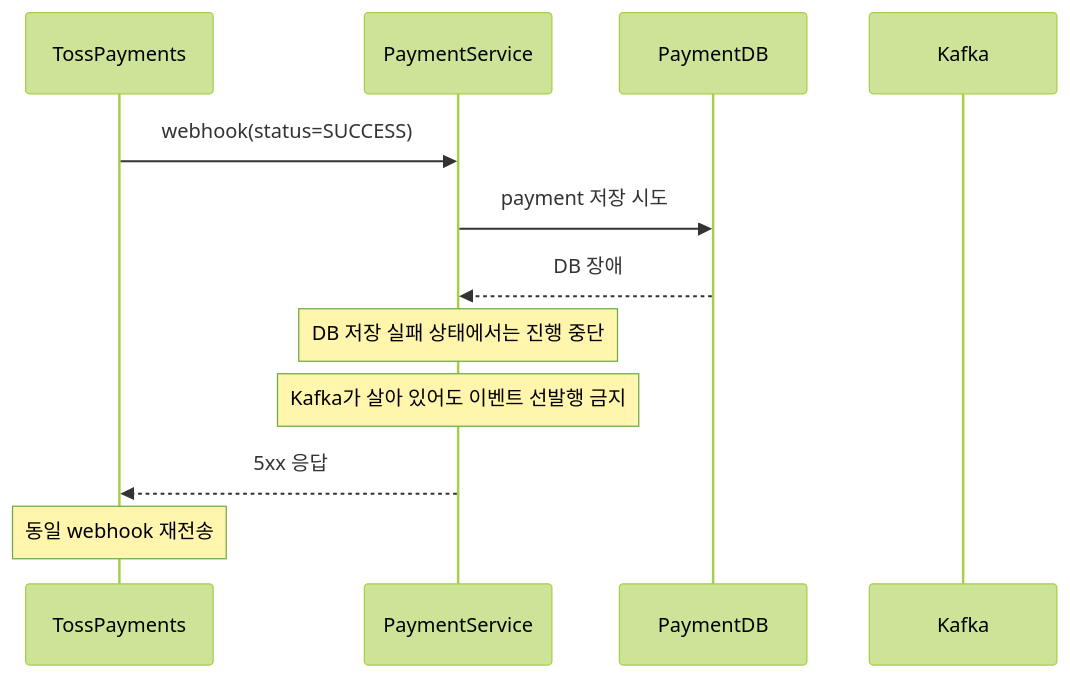
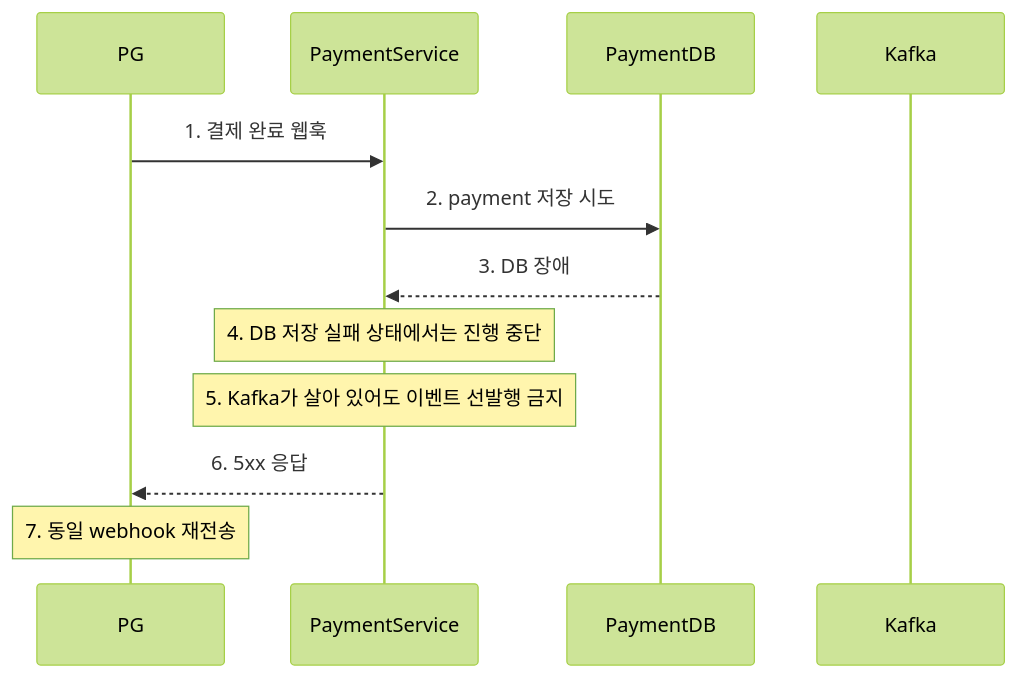
Before and after one commit to Hwasowl/ecommerce: the ninth of 11 diagrams in README.md, drawn with Mermaid (forest theme). The commit also changed other lines of this file, not shown here.

````diff
--- a/README.md
+++ b/README.md
@@ -351,17 +336,17 @@
 ```mermaid
 sequenceDiagram
-    participant TossPayments
+    participant PG
     participant PaymentService
     participant PaymentDB
     participant Kafka
 
-    TossPayments->>PaymentService: webhook(status=SUCCESS)
-    PaymentService->>PaymentDB: payment 저장 시도
-    PaymentDB-->>PaymentService: DB 장애
+    PG->>PaymentService: 1. 결제 완료 웹훅
+    PaymentService->>PaymentDB: 2. payment 저장 시도
+    PaymentDB-->>PaymentService: 3. DB 장애
 
-    Note over PaymentService: DB 저장 실패 상태에서는 진행 중단
-    Note over PaymentService: Kafka가 살아 있어도 이벤트 선발행 금지
+    Note over PaymentService: 4. DB 저장 실패 상태에서는 진행 중단
+    Note over PaymentService: 5. Kafka가 살아 있어도 이벤트 선발행 금지
 
-    PaymentService-->>TossPayments: 5xx 응답
-    Note over TossPayments: 동일 webhook 재전송
+    PaymentService-->>PG: 6. 5xx 응답
+    Note over PG: 7. 동일 webhook 재전송
 ```
````
